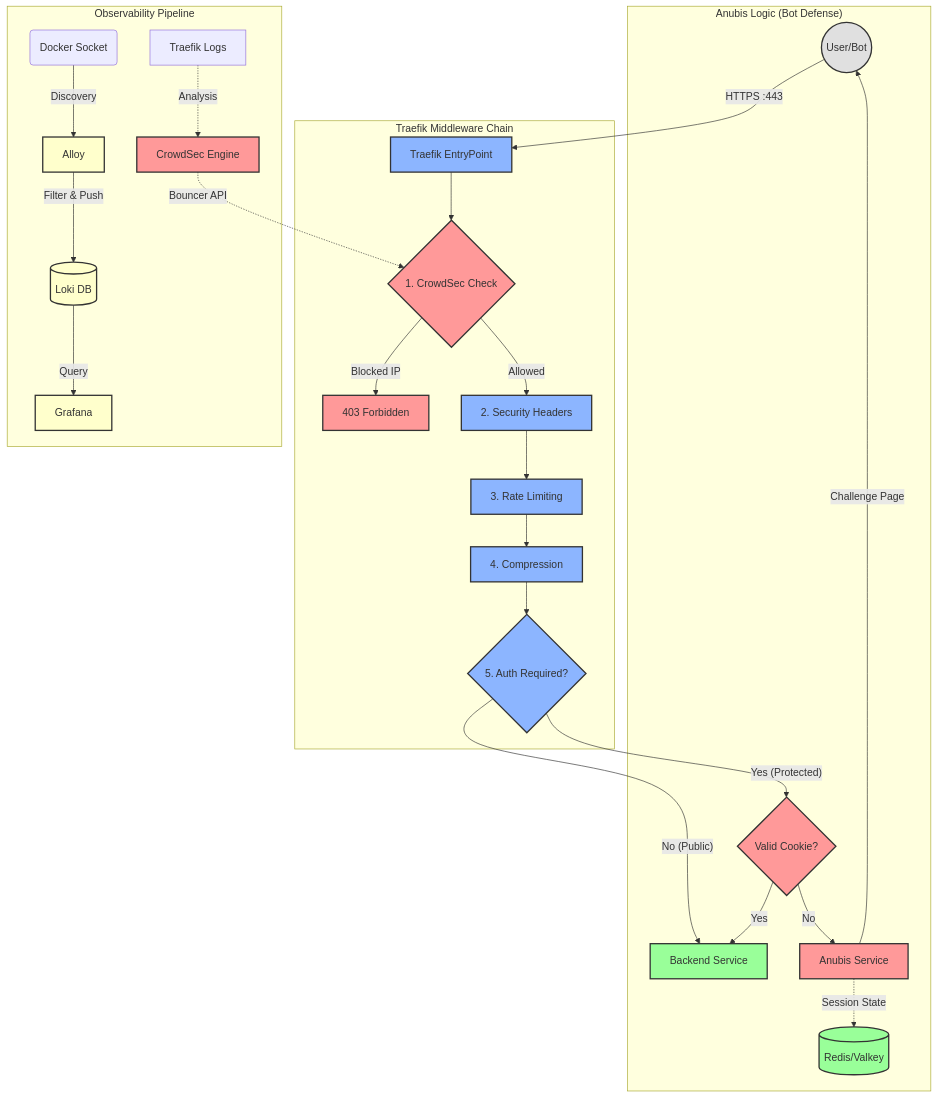
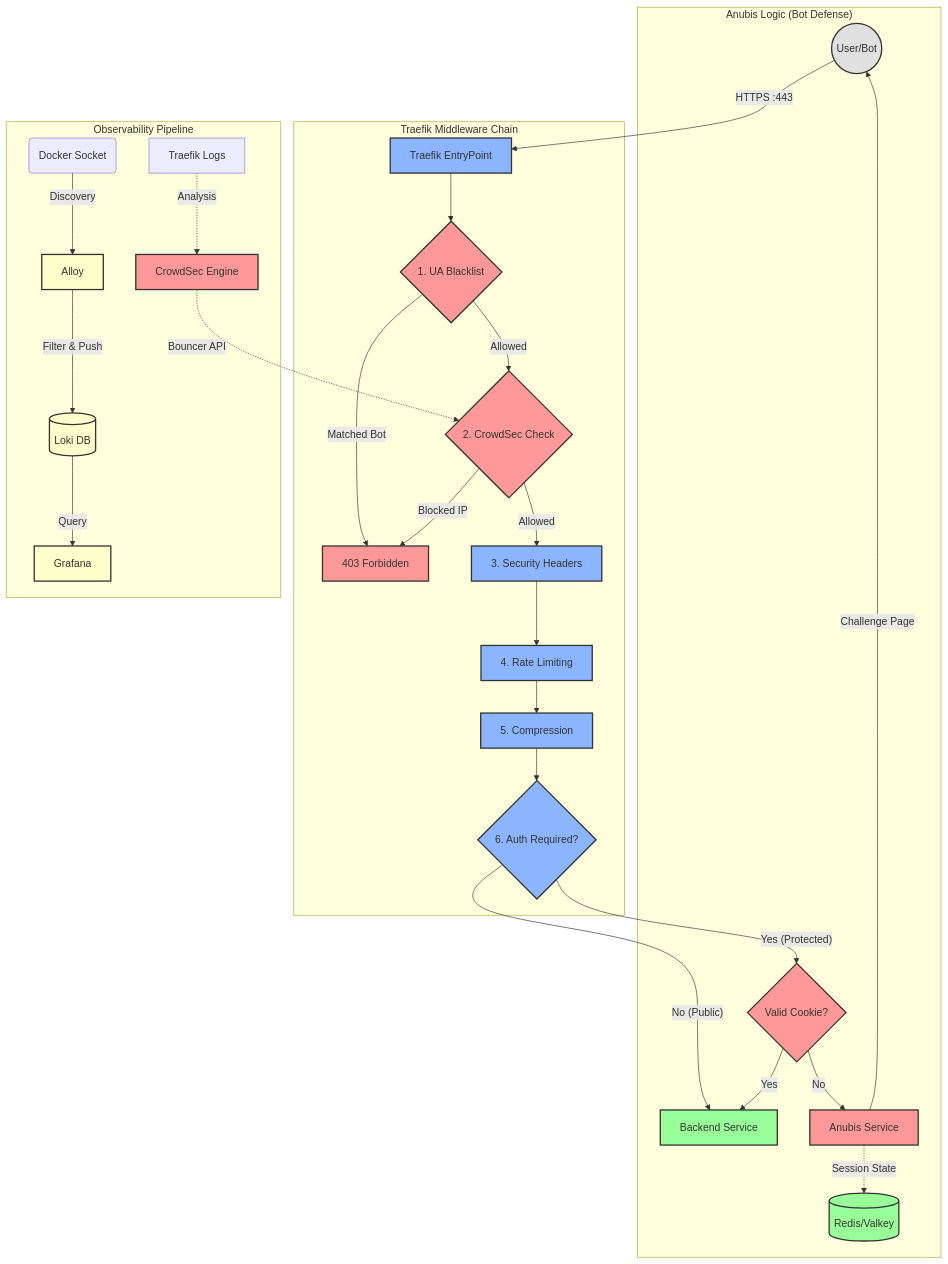
The diagram in README.md (pinano/traefik-crowdsec-anubis-grafana), drawn with Mermaid before and after one commit. The commit also changed other lines of this file, not shown here.

Commit message:
feat: Add User-Agent blacklist middleware to Traefik configuration and documentation, including a new environment variable.

````diff
--- a/README.md
+++ b/README.md
@@ -115,37 +115,39 @@
 ```mermaid
 graph TD
     classDef user fill:#e0e0e0,stroke:#333,stroke-width:2px;
     classDef traefik fill:#8cb5ff,stroke:#333,stroke-width:2px;
     classDef security fill:#ff9999,stroke:#333,stroke-width:2px;
     classDef app fill:#99ff99,stroke:#333,stroke-width:2px;
     classDef observ fill:#ffffcc,stroke:#333,stroke-width:2px;
 
     User((User/Bot)):::user -->|HTTPS :443| T_Entry[Traefik EntryPoint]:::traefik
 
     subgraph "Traefik Middleware Chain"
-        T_Entry --> MW_CS{1. CrowdSec Check}:::security
-        MW_CS -- Blocked IP --> Block[403 Forbidden]:::security
-        MW_CS -- Allowed --> MW_Sec["2. Security Headers"]:::traefik
-        MW_Sec --> MW_RL["3. Rate Limiting"]:::traefik
-        MW_RL --> MW_Comp["4. Compression"]:::traefik
-        MW_Comp --> MW_Auth{5. Auth Required?}:::traefik
+        T_Entry --> MW_UA{1. UA Blacklist}:::security
+        MW_UA -- Matched Bot --> Block[403 Forbidden]:::security
+        MW_UA -- Allowed --> MW_CS{2. CrowdSec Check}:::security
+        MW_CS -- Blocked IP --> Block
+        MW_CS -- Allowed --> MW_Sec["3. Security Headers"]:::traefik
+        MW_Sec --> MW_RL["4. Rate Limiting"]:::traefik
+        MW_RL --> MW_Comp["5. Compression"]:::traefik
+        MW_Comp --> MW_Auth{6. Auth Required?}:::traefik
     end
 
     subgraph "Anubis Logic (Bot Defense)"
         MW_Auth -- No (Public) --> Backend
         MW_Auth -- Yes (Protected) --> Check_Auth{"Valid Cookie?"}:::security
         Check_Auth -- Yes --> Backend[Backend Service]:::app
         Check_Auth -- No --> Anubis_Svc[Anubis Service]:::security
         Anubis_Svc -->|Challenge Page| User
         Anubis_Svc -.->|Session State| Redis[(Redis/Valkey)]:::app
     end
 
     subgraph "Observability Pipeline"
         Docker_Sock(Docker Socket) -->|Discovery| Alloy:::observ
         Alloy -->|Filter & Push| Loki[(Loki DB)]:::observ
         Loki -->|Query| Grafana[Grafana]:::observ
         
         Traefik_Logs[Traefik Logs] -.->|Analysis| CrowdSec[CrowdSec Engine]:::security
         CrowdSec -.->|Bouncer API| MW_CS
     end
 ```
````
